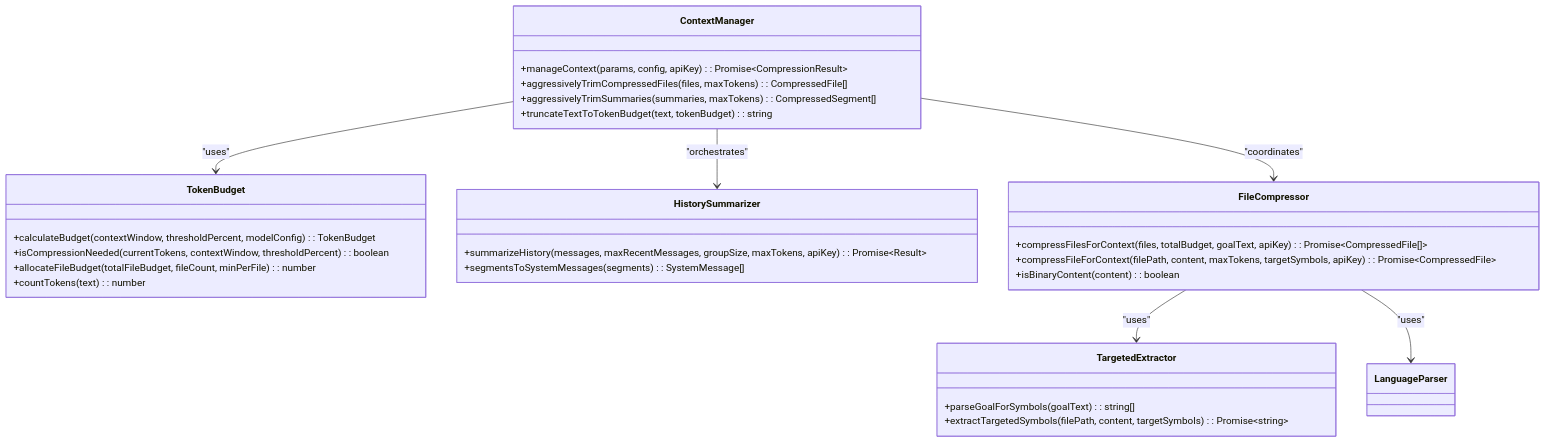
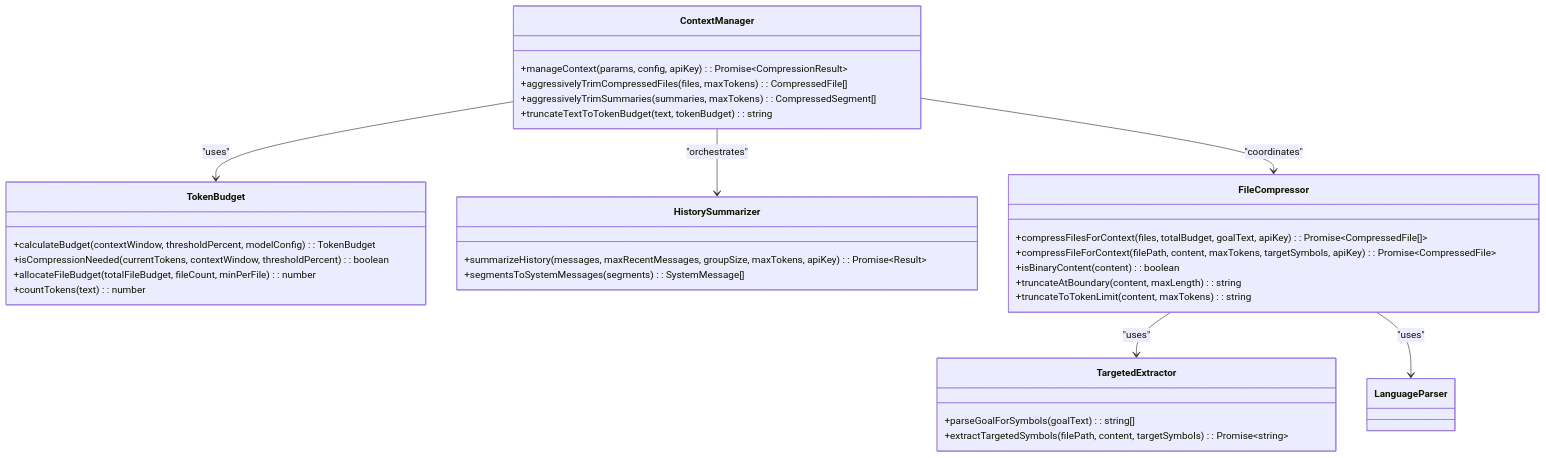
Before and after one commit to bramburn/repomix-runner: the third of 7 diagrams in .qoder/repowiki/en/content/Core Features/Compression Engine Architecture.md, drawn with Mermaid. The commit also changed other lines of this file and 27 other files, not shown here.

````diff
--- a/.qoder/repowiki/en/content/Core Features/Compression Engine Architecture.md
+++ b/.qoder/repowiki/en/content/Core Features/Compression Engine Architecture.md
@@ -187,33 +207,35 @@
 ```mermaid
 classDiagram
 class ContextManager {
 +manageContext(params, config, apiKey) : Promise~CompressionResult~
 +aggressivelyTrimCompressedFiles(files, maxTokens) : CompressedFile[]
 +aggressivelyTrimSummaries(summaries, maxTokens) : CompressedSegment[]
 +truncateTextToTokenBudget(text, tokenBudget) : string
 }
 class TokenBudget {
 +calculateBudget(contextWindow, thresholdPercent, modelConfig) : TokenBudget
 +isCompressionNeeded(currentTokens, contextWindow, thresholdPercent) : boolean
 +allocateFileBudget(totalFileBudget, fileCount, minPerFile) : number
 +countTokens(text) : number
 }
 class HistorySummarizer {
 +summarizeHistory(messages, maxRecentMessages, groupSize, maxTokens, apiKey) : Promise~Result~
 +segmentsToSystemMessages(segments) : SystemMessage[]
 }
 class FileCompressor {
 +compressFilesForContext(files, totalBudget, goalText, apiKey) : Promise~CompressedFile[]~
 +compressFileForContext(filePath, content, maxTokens, targetSymbols, apiKey) : Promise~CompressedFile~
 +isBinaryContent(content) : boolean
++truncateAtBoundary(content, maxLength) : string
++truncateToTokenLimit(content, maxTokens) : string
 }
 class TargetedExtractor {
 +parseGoalForSymbols(goalText) : string[]
 +extractTargetedSymbols(filePath, content, targetSymbols) : Promise~string~
 }
 ContextManager --> TokenBudget : "uses"
 ContextManager --> HistorySummarizer : "orchestrates"
 ContextManager --> FileCompressor : "coordinates"
 FileCompressor --> TargetedExtractor : "uses"
 FileCompressor --> LanguageParser : "uses"
 ```
````
